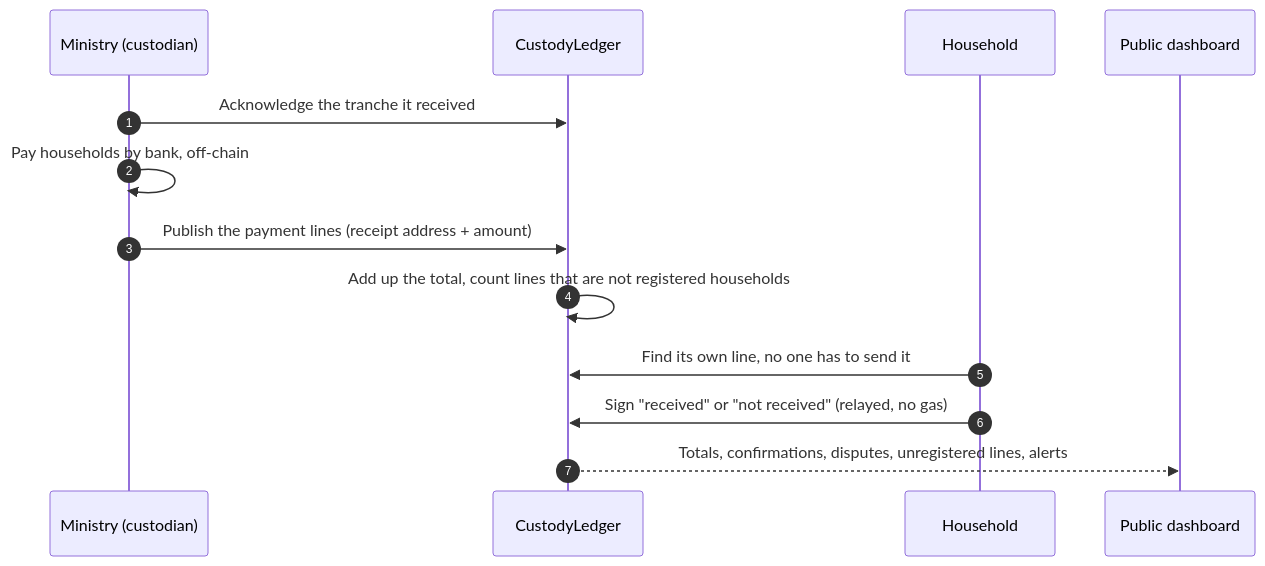
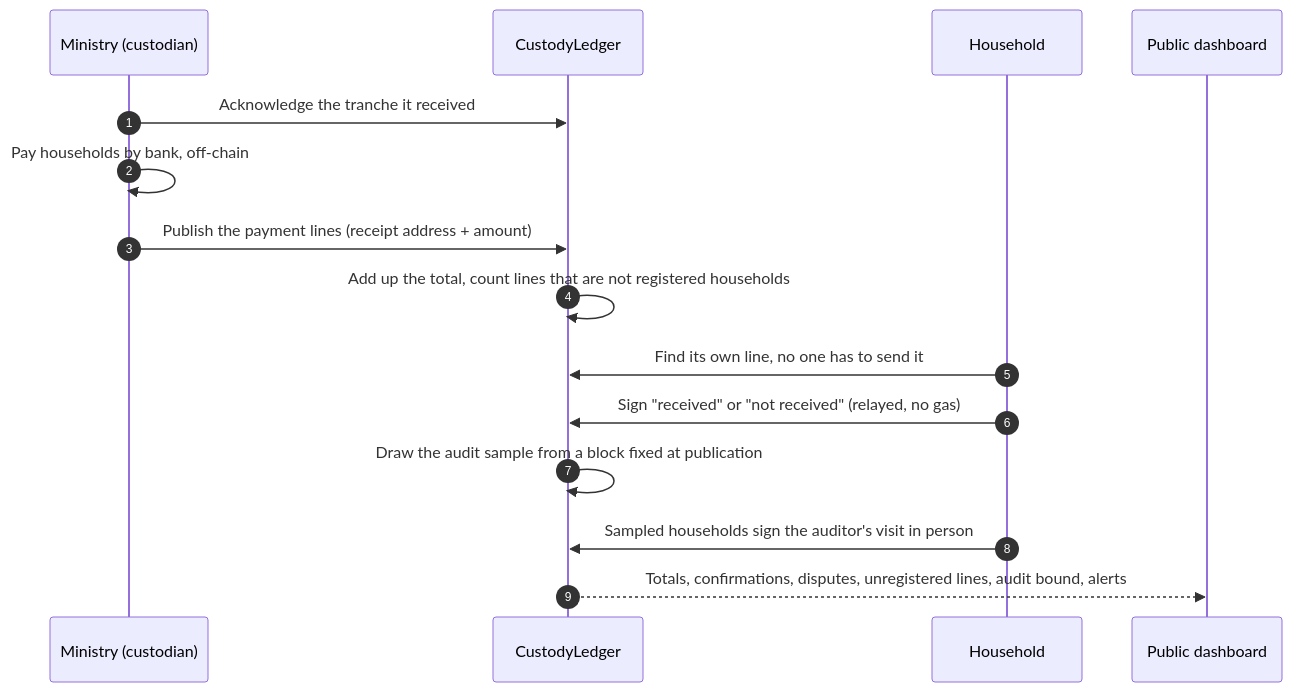
One commit to ZhenYan1214/kept changed the second of 2 diagrams in README.md. Above: the diagram before and after it, drawn with Mermaid. The commit also changed other lines of this file and 32 other files, not shown here.

First line of the commit message:
Sample audits, fraud simulation, invariants and Slither, payout timeline

````diff
--- a/README.md
+++ b/README.md
@@ -106,15 +108,17 @@
 ```mermaid
 sequenceDiagram
   autonumber
   participant M as Ministry (custodian)
   participant L as CustodyLedger
   participant H as Household
   participant P as Public dashboard
   M->>L: Acknowledge the tranche it received
   M->>M: Pay households by bank, off-chain
   M->>L: Publish the payment lines (receipt address + amount)
   L->>L: Add up the total, count lines that are not registered households
   H->>L: Find its own line, no one has to send it
   H->>L: Sign "received" or "not received" (relayed, no gas)
-  L-->>P: Totals, confirmations, disputes, unregistered lines, alerts
+  L->>L: Draw the audit sample from a block fixed at publication
+  H->>L: Sampled households sign the auditor's visit in person
+  L-->>P: Totals, confirmations, disputes, unregistered lines, audit bound, alerts
 ```
````
